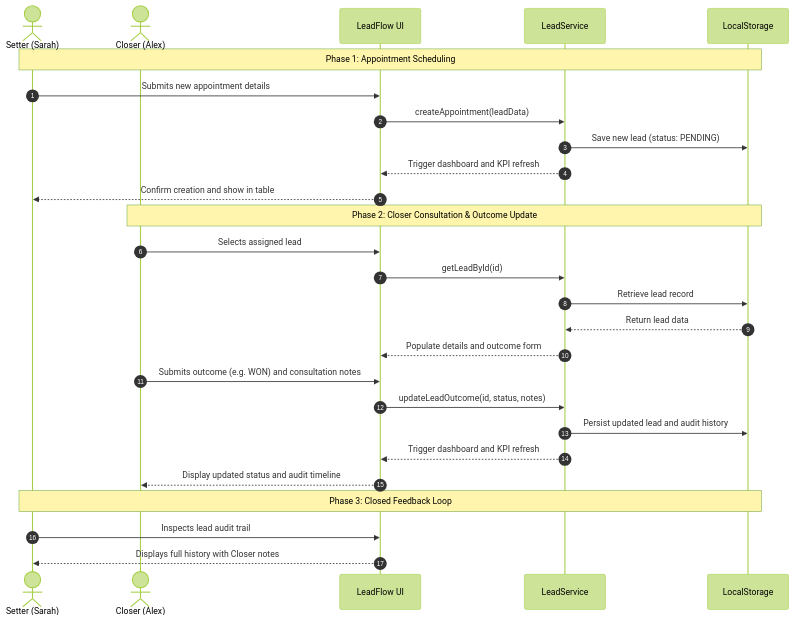
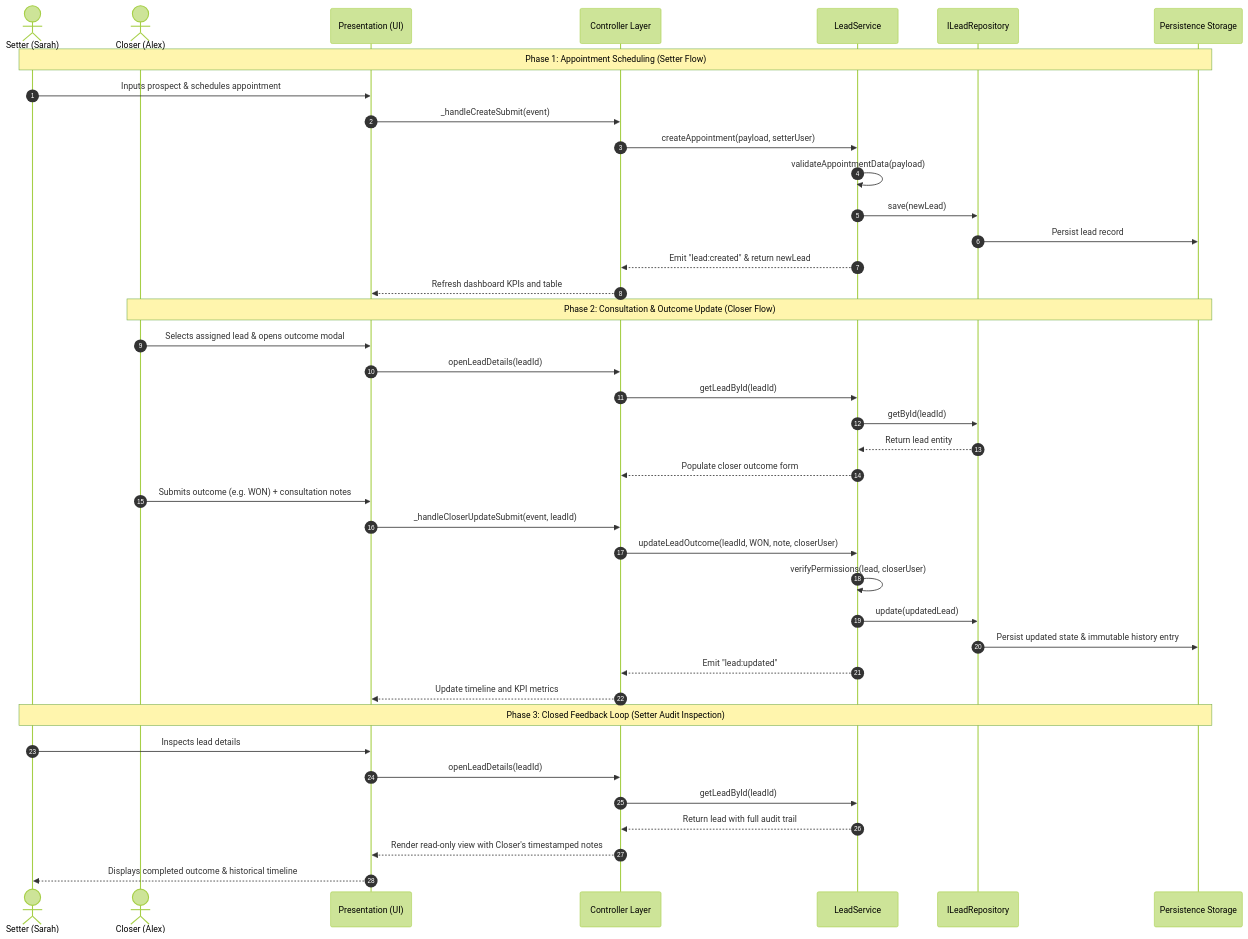
One commit to 00dnn/LeadFlow changed the diagram in README.md. Above: the diagram before and after it, drawn with Mermaid (forest theme). The commit also changed other lines of this file, not shown here.

````diff
--- a/README.md
+++ b/README.md
@@ -136,35 +132,48 @@
 ```mermaid
 sequenceDiagram
     autonumber
     actor Setter as Setter (Sarah)
     actor Closer as Closer (Alex)
-    participant UI as LeadFlow UI
+    participant UI as Presentation (UI)
+    participant Ctrl as Controller Layer
     participant Service as LeadService
-    participant Storage as LocalStorage
+    participant Repo as ILeadRepository
+    participant Storage as Persistence Storage
 
     %% Phase 1: Appointment Scheduling
-    Note over Setter, Storage: Phase 1: Appointment Scheduling
-    Setter->>UI: Submits new appointment details
-    UI->>Service: createAppointment(leadData)
-    Service->>Storage: Save new lead (status: PENDING)
-    Service-->>UI: Trigger dashboard and KPI refresh
-    UI-->>Setter: Confirm creation and show in table
+    Note over Setter, Storage: Phase 1: Appointment Scheduling (Setter Flow)
+    Setter->>UI: Inputs prospect & schedules appointment
+    UI->>Ctrl: _handleCreateSubmit(event)
+    Ctrl->>Service: createAppointment(payload, setterUser)
+    Service->>Service: validateAppointmentData(payload)
+    Service->>Repo: save(newLead)
+    Repo->>Storage: Persist lead record
+    Service-->>Ctrl: Emit "lead:created" & return newLead
+    Ctrl-->>UI: Refresh dashboard KPIs and table
 
-    %% Phase 2: Closer Consultation & Outcome Update
-    Note over Closer, Storage: Phase 2: Closer Consultation & Outcome Update
-    Closer->>UI: Selects assigned lead
-    UI->>Service: getLeadById(id)
-    Service->>Storage: Retrieve lead record
-    Storage-->>Service: Return lead data
-    Service-->>UI: Populate details and outcome form
-    Closer->>UI: Submits outcome (e.g. WON) and consultation notes
-    UI->>Service: updateLeadOutcome(id, status, notes)
-    Service->>Storage: Persist updated lead and audit history
-    Service-->>UI: Trigger dashboard and KPI refresh
-    UI-->>Closer: Display updated status and audit timeline
+    %% Phase 2: Consultation & Outcome Update
+    Note over Closer, Storage: Phase 2: Consultation & Outcome Update (Closer Flow)
+    Closer->>UI: Selects assigned lead & opens outcome modal
+    UI->>Ctrl: openLeadDetails(leadId)
+    Ctrl->>Service: getLeadById(leadId)
+    Service->>Repo: getById(leadId)
+    Repo-->>Service: Return lead entity
+    Service-->>Ctrl: Populate closer outcome form
+    Closer->>UI: Submits outcome (e.g. WON) + consultation notes
+    UI->>Ctrl: _handleCloserUpdateSubmit(event, leadId)
+    Ctrl->>Service: updateLeadOutcome(leadId, WON, note, closerUser)
+    Service->>Service: verifyPermissions(lead, closerUser)
+    Service->>Repo: update(updatedLead)
+    Repo->>Storage: Persist updated state & immutable history entry
+    Service-->>Ctrl: Emit "lead:updated"
+    Ctrl-->>UI: Update timeline and KPI metrics
 
     %% Phase 3: Closed Feedback Loop
-    Note over Setter, Storage: Phase 3: Closed Feedback Loop
-    Setter->>UI: Inspects lead audit trail
-    UI-->>Setter: Displays full history with Closer notes
+    Note over Setter, Storage: Phase 3: Closed Feedback Loop (Setter Audit Inspection)
+    Setter->>UI: Inspects lead details
+    UI->>Ctrl: openLeadDetails(leadId)
+    Ctrl->>Service: getLeadById(leadId)
+    Service-->>Ctrl: Return lead with full audit trail
+    Ctrl-->>UI: Render read-only view with Closer's timestamped notes
+    UI-->>Setter: Displays completed outcome & historical timeline
 ```
````
